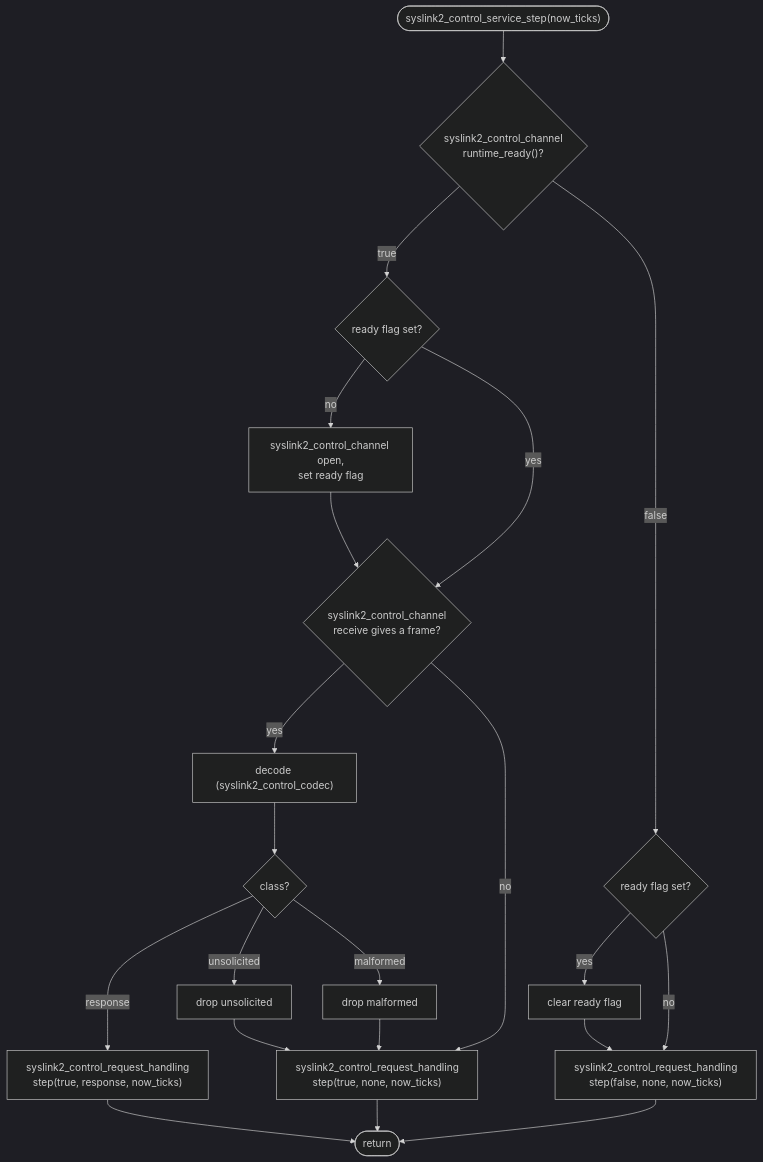
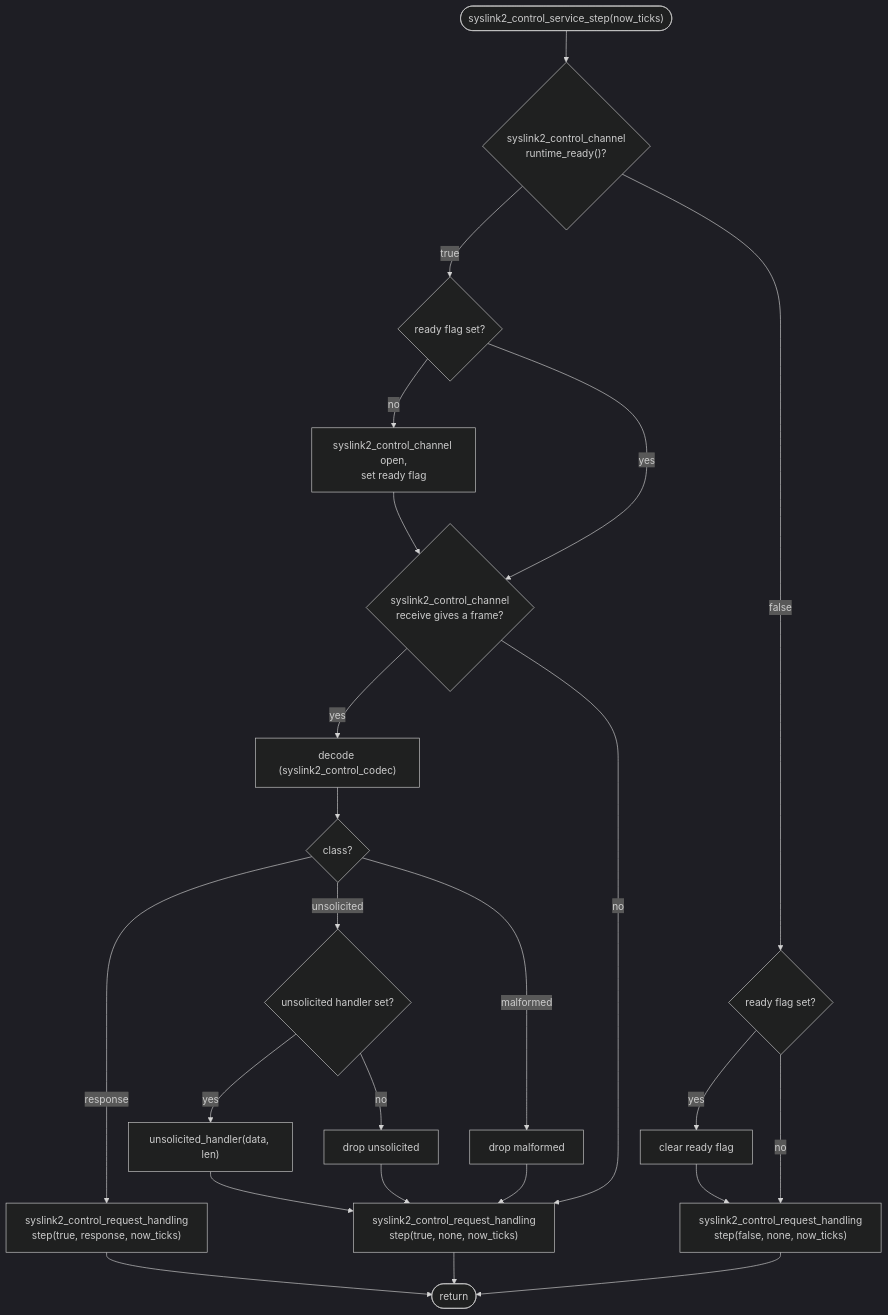
Before and after one commit to bitcraze/crazyflie-firmware: the sixth of 10 diagrams in docs/functional-areas/camera-deck-control.md, drawn with Mermaid (dark theme). The commit also changed other lines of this file and 2 other files, not shown here.

````diff
--- a/docs/functional-areas/camera-deck-control.md
+++ b/docs/functional-areas/camera-deck-control.md
@@ -774,39 +812,43 @@
 ```mermaid
 flowchart TD
     s0(["syslink2_control_service_step(now_ticks)"])
     r0{"syslink2_control_channel<br/>runtime_ready()?"}
 
     r1{"ready flag set?"}
     r2["syslink2_control_channel open,<br/>set ready flag"]
     f0{"syslink2_control_channel<br/>receive gives a frame?"}
     f1["decode (syslink2_control_codec)"]
     f2{"class?"}
-    fu["drop unsolicited"]
+    fu{"unsolicited handler set?"}
+    fh["unsolicited_handler(data, len)"]
+    fd["drop unsolicited"]
     fm["drop malformed"]
     h1["syslink2_control_request_handling<br/>step(true, response, now_ticks)"]
     h2["syslink2_control_request_handling<br/>step(true, none, now_ticks)"]
 
     n1{"ready flag set?"}
     n2["clear ready flag"]
     h3["syslink2_control_request_handling<br/>step(false, none, now_ticks)"]
 
     e0(["return"])
 
     s0 --> r0
     r0 -- "true" --> r1
     r1 -- "no" --> r2 --> f0
     r1 -- "yes" --> f0
     f0 -- "yes" --> f1 --> f2
     f0 -- "no" --> h2
     f2 -- "response" --> h1
-    f2 -- "unsolicited" --> fu --> h2
+    f2 -- "unsolicited" --> fu
+    fu -- "yes" --> fh --> h2
+    fu -- "no" --> fd --> h2
     f2 -- "malformed" --> fm --> h2
 
     r0 -- "false" --> n1
     n1 -- "yes" --> n2 --> h3
     n1 -- "no" --> h3
 
     h1 --> e0
     h2 --> e0
     h3 --> e0
 ```
````
